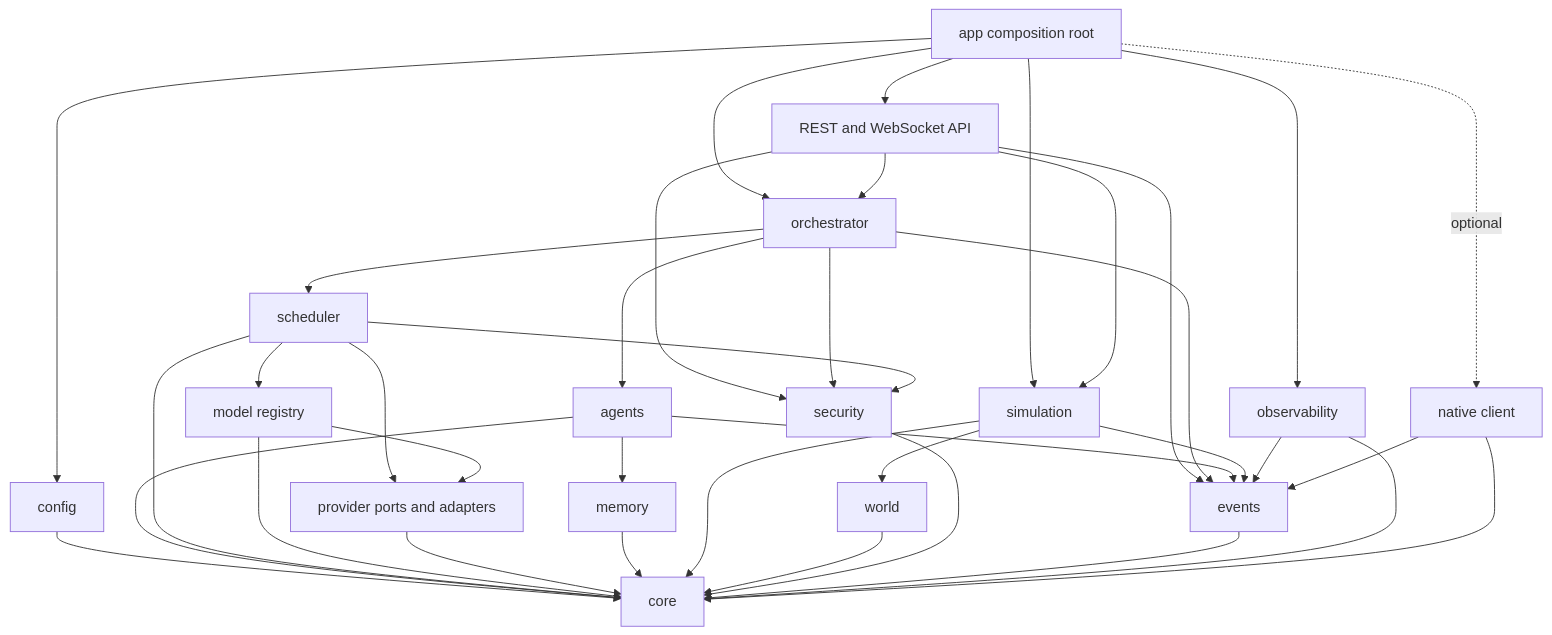
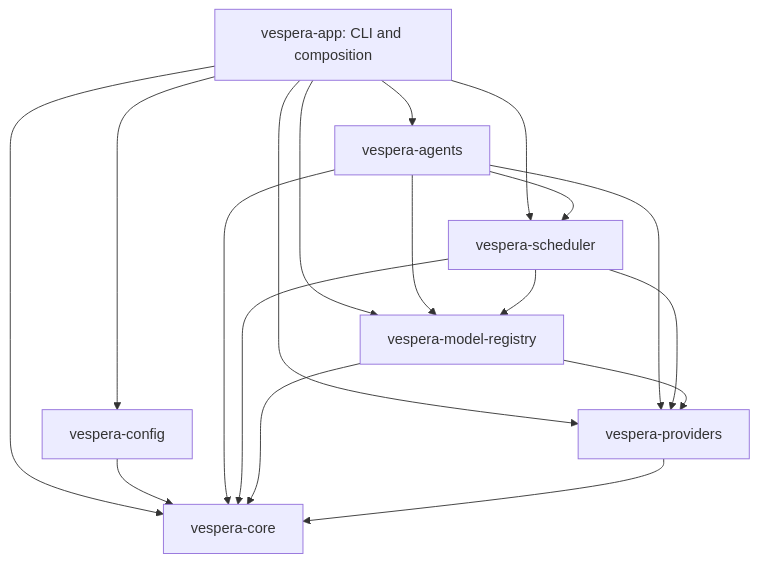
One commit to ShamelesAbyss/Vespera changed the diagram in docs/ARCHITECTURE.md. Above: the diagram before and after it, drawn with Mermaid. The commit also changed other lines of this file and 19 other files, not shown here.

Commit message:
feat: connect native CLI to provider health and bounded agent inference

````diff
--- a/docs/ARCHITECTURE.md
+++ b/docs/ARCHITECTURE.md
@@ -30,39 +14,20 @@
 ```mermaid
 flowchart TD
-    App[app composition root] --> Config[config]
-    App --> API[REST and WebSocket API]
-    App --> Orchestrator[orchestrator]
-    App --> Simulation[simulation]
-    App --> Observability[observability]
-    App -. optional .-> Client[native client]
-    Config --> Core[core]
-    API --> Orchestrator
-    API --> Simulation
-    API --> Security[security]
-    API --> Events[events]
-    Orchestrator --> Agents[agents]
-    Orchestrator --> Scheduler[scheduler]
-    Orchestrator --> Security
-    Orchestrator --> Events
-    Agents --> Memory[memory]
-    Agents --> Events
+    App[vespera-app: CLI and composition] --> Config[vespera-config]
+    App --> Agents[vespera-agents]
+    App --> Scheduler[vespera-scheduler]
+    App --> Registry[vespera-model-registry]
+    App --> Providers[vespera-providers]
+    App --> Core[vespera-core]
+    Config --> Core
+    Agents --> Scheduler
+    Agents --> Registry
+    Agents --> Providers
     Agents --> Core
-    Scheduler --> Registry[model registry]
-    Scheduler --> Providers[provider ports and adapters]
-    Scheduler --> Security
+    Scheduler --> Registry
+    Scheduler --> Providers
     Scheduler --> Core
     Registry --> Providers
     Registry --> Core
     Providers --> Core
-    Memory --> Core
-    Simulation --> World[world]
-    Simulation --> Events
-    Simulation --> Core
-    World --> Core
-    Security --> Core
-    Events --> Core
-    Observability --> Events
-    Observability --> Core
-    Client --> Core
-    Client --> Events
 ```
````
